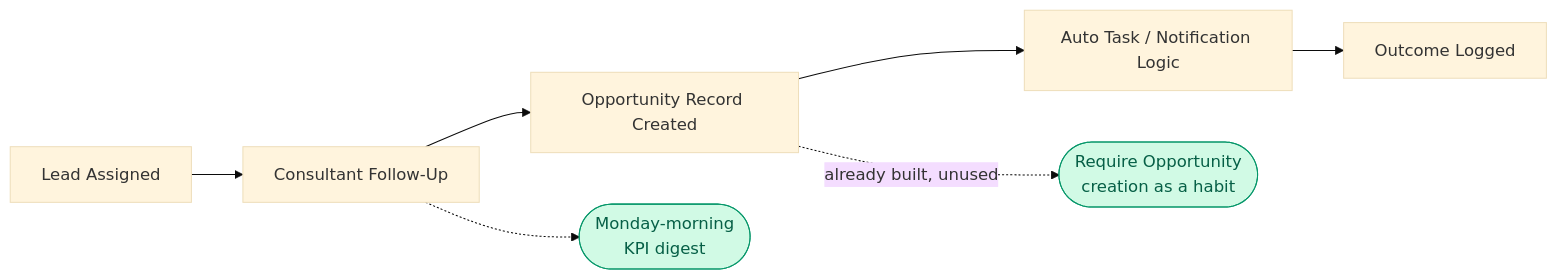
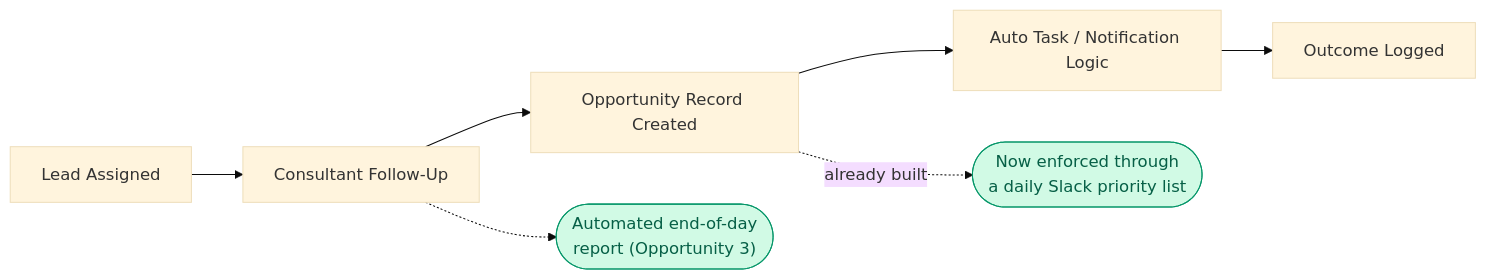
Before and after one commit to jsaponara42/ai-assistant-doc-storage: the second of 8 diagrams in business/projects/client-projects/26061201_capital-financing/client-facing-deliverables/20260910_capital-financing-opportunity-map-final.md, drawn with Mermaid (base theme). The commit also changed other lines of this file, not shown here.

````diff
--- a/business/projects/client-projects/26061201_capital-financing/client-facing-deliverables/20260910_capital-financing-opportunity-map-final.md
+++ b/business/projects/client-projects/26061201_capital-financing/client-facing-deliverables/20260910_capital-financing-opportunity-map-final.md
@@ -131,12 +135,12 @@
 ```mermaid
 flowchart LR
     classDef quickwin fill:#d1fae5,stroke:#059669,color:#065f46
     A[Lead Assigned] --> B[Consultant Follow-Up]
     B --> C[Opportunity Record Created]
     C --> D[Auto Task / Notification Logic]
     D --> E[Outcome Logged]
-    C -.->|already built, unused| Opp1(["Require Opportunity\ncreation as a habit"])
-    B -.-> Opp2(["Monday-morning\nKPI digest"])
+    C -.->|already built| Opp1(["Now enforced through\na daily Slack priority list"])
+    B -.-> Opp2(["Automated end-of-day\nreport (Opportunity 3)"])
     class Opp1 quickwin
     class Opp2 quickwin
 ```
````
